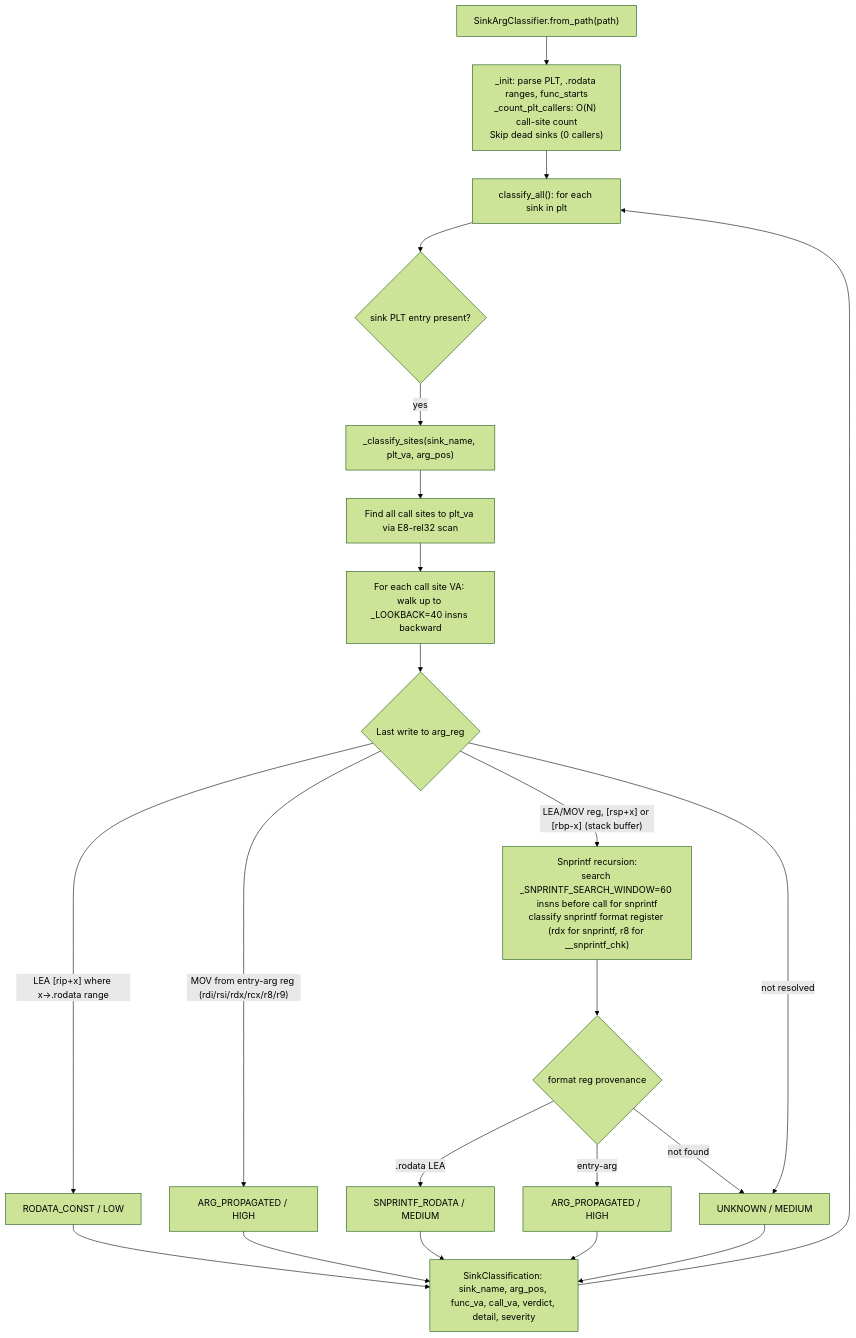
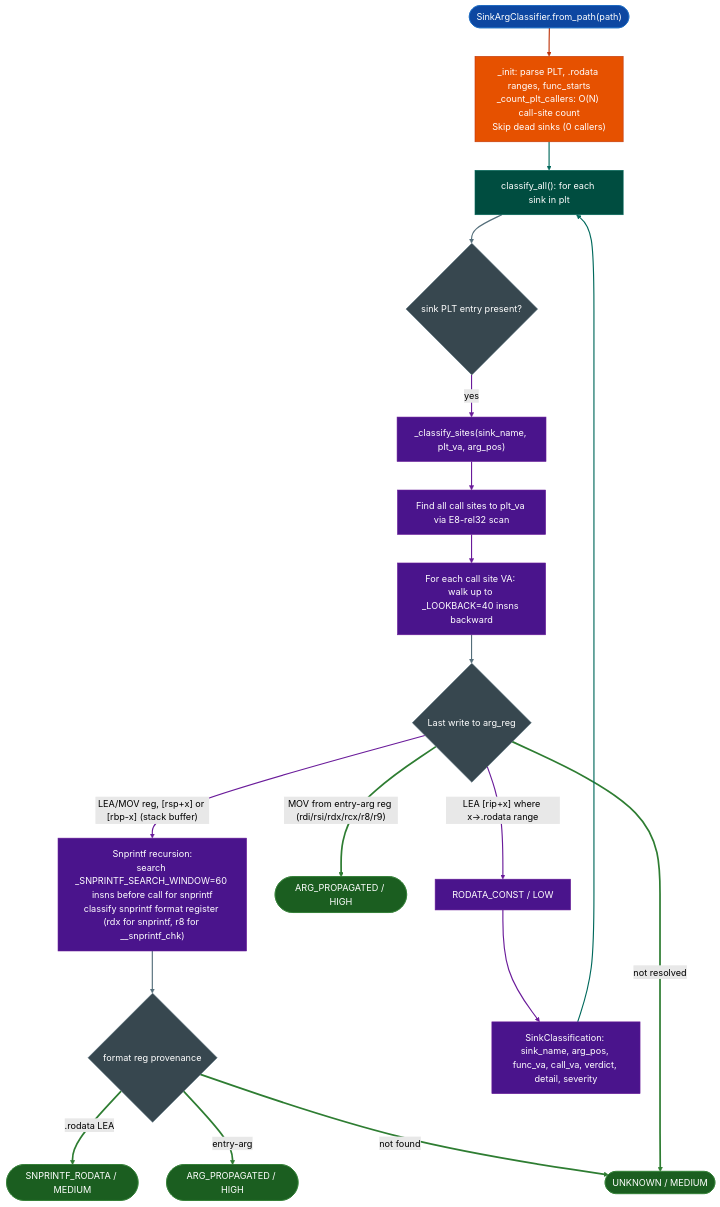
The diagram in docs/reference-modules/sink-arg-classifier.md (Ablation-Tool/ablation), drawn with Mermaid (forest theme) before and after one commit. The commit also changed 320 other files, not shown here.

First line of the commit message:
docs: apply canonical Mermaid template to all 321 diagrams

````diff
--- a/docs/reference-modules/sink-arg-classifier.md
+++ b/docs/reference-modules/sink-arg-classifier.md
@@ -19,20 +19,43 @@
 ```mermaid
 flowchart TD
-    A["SinkArgClassifier.from_path(path)"] --> B["_init: parse PLT, .rodata ranges, func_starts\n_count_plt_callers: O(N) call-site count\nSkip dead sinks (0 callers)"]
-    B --> C["classify_all(): for each sink in plt"]
-    C --> D{sink PLT entry present?}
-    D -->|yes| E["_classify_sites(sink_name, plt_va, arg_pos)"]
-    E --> F["Find all call sites to plt_va via E8-rel32 scan"]
-    F --> G["For each call site VA: walk up to _LOOKBACK=40 insns backward"]
-    G --> H{Last write to arg_reg}
-    H -->|"LEA [rip+x] where x→.rodata range"| I[RODATA_CONST / LOW]
-    H -->|"MOV from entry-arg reg (rdi/rsi/rdx/rcx/r8/r9)"| J[ARG_PROPAGATED / HIGH]
-    H -->|"LEA/MOV reg, [rsp+x] or [rbp-x] (stack buffer)"| K["Snprintf recursion:\nsearch _SNPRINTF_SEARCH_WINDOW=60 insns before call for snprintf\nclassify snprintf format register (rdx for snprintf, r8 for __snprintf_chk)"]
-    K --> L{format reg provenance}
-    L -->|.rodata LEA| M[SNPRINTF_RODATA / MEDIUM]
-    L -->|entry-arg| N[ARG_PROPAGATED / HIGH]
-    L -->|not found| O[UNKNOWN / MEDIUM]
-    H -->|not resolved| O
-    I & J & M & N & O --> P[SinkClassification: sink_name, arg_pos, func_va, call_va, verdict, detail, severity]
-    P --> C
+    A(["SinkArgClassifier.from_path(path)"]):::input --> B["_init: parse PLT, .rodata ranges, func_starts\n_count_plt_callers: O(N) call-site count\nSkip dead sinks (0 callers)"]:::primary
+    B:::primary --> C["classify_all(): for each sink in plt"]:::secondary
+    C:::secondary --> D{"sink PLT entry present?"}:::neutral
+    D:::neutral -->|yes| E["_classify_sites(sink_name, plt_va, arg_pos)"]:::tertiary
+    E:::tertiary --> F["Find all call sites to plt_va via E8-rel32 scan"]:::tertiary
+    F:::tertiary --> G["For each call site VA: walk up to _LOOKBACK=40 insns backward"]:::tertiary
+    G:::tertiary --> H{"Last write to arg_reg"}:::neutral
+    H:::neutral -->|"LEA [rip+x] where x→.rodata range"| I["RODATA_CONST / LOW"]:::tertiary
+    H:::neutral -->|"MOV from entry-arg reg (rdi/rsi/rdx/rcx/r8/r9)"| J(["ARG_PROPAGATED / HIGH"]):::output
+    H:::neutral -->|"LEA/MOV reg, [rsp+x] or [rbp-x] (stack buffer)"| K["Snprintf recursion:\nsearch _SNPRINTF_SEARCH_WINDOW=60 insns before call for snprintf\nclassify snprintf format register (rdx for snprintf, r8 for __snprintf_chk)"]:::tertiary
+    K:::tertiary --> L{"format reg provenance"}:::neutral
+    L:::neutral -->|.rodata LEA| M(["SNPRINTF_RODATA / MEDIUM"]):::output
+    L:::neutral -->|entry-arg| N(["ARG_PROPAGATED / HIGH"]):::output
+    L:::neutral -->|not found| O(["UNKNOWN / MEDIUM"]):::output
+    H:::neutral -->|not resolved| O:::output
+    I:::tertiary --> P["SinkClassification: sink_name, arg_pos, func_va, call_va, verdict, detail, severity"]:::tertiary
+    P:::tertiary --> C:::secondary
+    classDef input     fill:#0d47a1,stroke:#1565c0,color:#fff
+    classDef primary   fill:#e65100,stroke:#bf360c,color:#fff
+    classDef secondary fill:#004d40,stroke:#00695c,color:#fff
+    classDef tertiary  fill:#4a148c,stroke:#6a1b9a,color:#fff
+    classDef neutral   fill:#37474f,stroke:#546e7a,color:#fff
+    classDef output    fill:#1b5e20,stroke:#2e7d32,color:#fff
+    linkStyle 0 stroke:#bf360c,stroke-width:2px
+    linkStyle 1 stroke:#00695c,stroke-width:2px
+    linkStyle 2 stroke:#546e7a,stroke-width:2px
+    linkStyle 3 stroke:#6a1b9a,stroke-width:2px
+    linkStyle 4 stroke:#6a1b9a,stroke-width:2px
+    linkStyle 5 stroke:#6a1b9a,stroke-width:2px
+    linkStyle 6 stroke:#546e7a,stroke-width:2px
+    linkStyle 7 stroke:#6a1b9a,stroke-width:2px
+    linkStyle 8 stroke:#2e7d32,stroke-width:3px
+    linkStyle 9 stroke:#6a1b9a,stroke-width:2px
+    linkStyle 10 stroke:#546e7a,stroke-width:2px
+    linkStyle 11 stroke:#2e7d32,stroke-width:3px
+    linkStyle 12 stroke:#2e7d32,stroke-width:3px
+    linkStyle 13 stroke:#2e7d32,stroke-width:3px
+    linkStyle 14 stroke:#2e7d32,stroke-width:3px
+    linkStyle 15 stroke:#6a1b9a,stroke-width:2px
+    linkStyle 16 stroke:#00695c,stroke-width:2px
 ```
````
